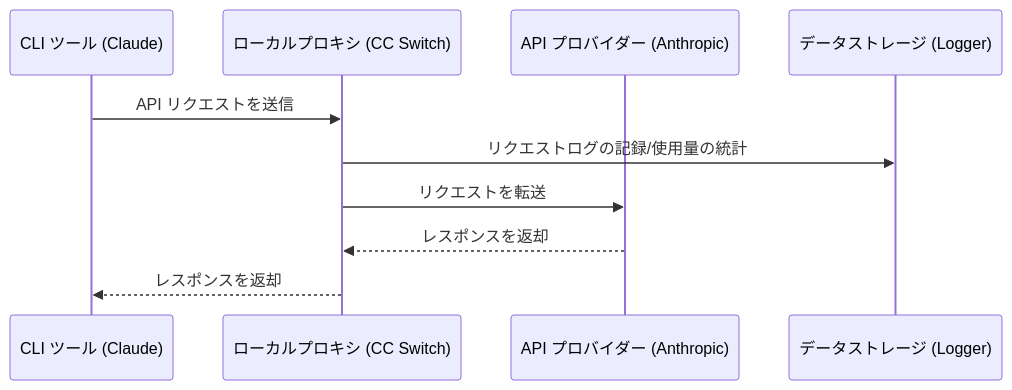
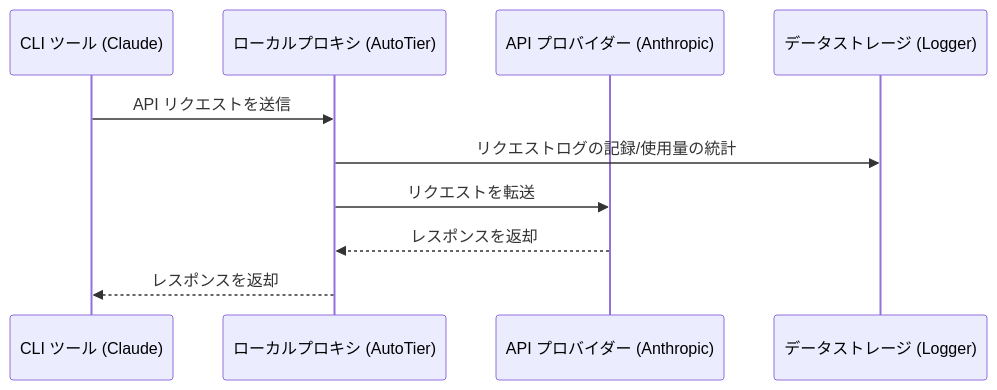
One commit to Ezero23/autotier changed the diagram in docs/user-manual/ja/4-proxy/4.1-service.md. Above: the diagram before and after it, drawn with Mermaid. The commit also changed other lines of this file and 80 other files, not shown here.

Commit message:
docs: align AutoTier manuals and release guidance

````diff
--- a/docs/user-manual/ja/4-proxy/4.1-service.md
+++ b/docs/user-manual/ja/4-proxy/4.1-service.md
@@ -116,13 +116,13 @@
 ```mermaid
 sequenceDiagram
     participant CLI as CLI ツール (Claude)
-    participant Proxy as ローカルプロキシ (CC Switch)
+    participant Proxy as ローカルプロキシ (AutoTier)
     participant API as API プロバイダー (Anthropic)
     participant DB as データストレージ (Logger)
 
     CLI->>Proxy: API リクエストを送信
     Proxy->>DB: リクエストログの記録/使用量の統計
     Proxy->>API: リクエストを転送
     API-->>Proxy: レスポンスを返却
     Proxy-->>CLI: レスポンスを返却
 ```
````
